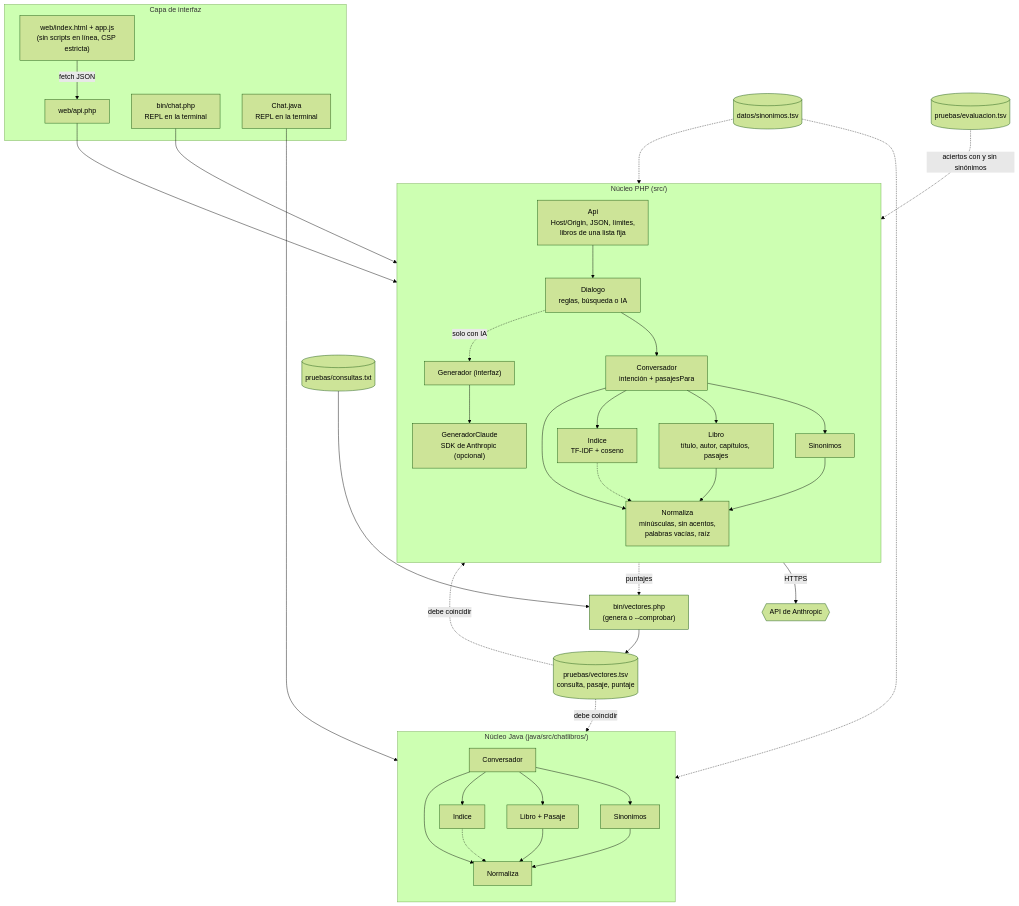
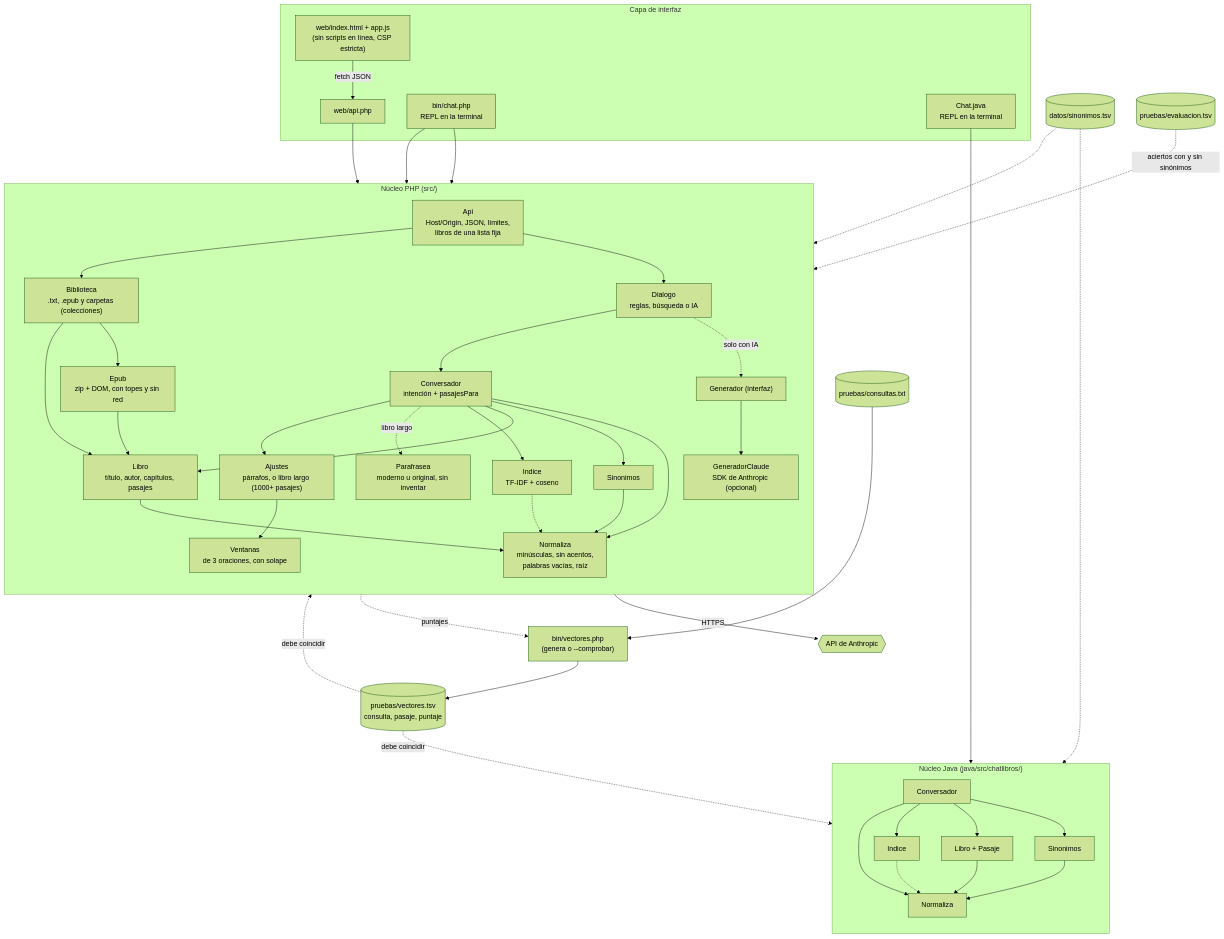
Before and after one commit to lol-protocol/php: the diagram in chat-con-libros/docs/arquitectura.mmd, drawn with Mermaid (forest theme). The commit also changed 23 other files, not shown here.

```diff
--- a/chat-con-libros/docs/arquitectura.mmd
+++ b/chat-con-libros/docs/arquitectura.mmd
@@ -1,73 +1,86 @@
 %% Arquitectura por capas. La búsqueda es equivalente en PHP y Java y se comprueba con
-%% pruebas/vectores.tsv. La web y el modo con IA son solo PHP.
+%% pruebas/vectores.tsv. Los EPUB, las colecciones, el modo largo, la paráfrasis, la web y el modo con IA son solo PHP.
 flowchart TB
     subgraph interfaz["Capa de interfaz"]
         paginaweb["web/index.html + app.js<br/>(sin scripts en línea, CSP estricta)"]
         apiphp["web/api.php"]
         chatphp["bin/chat.php<br/>REPL en la terminal"]
         chatjava["Chat.java<br/>REPL en la terminal"]
         paginaweb -- "fetch JSON" --> apiphp
     end
 
     subgraph php["Núcleo PHP (src/)"]
         direction TB
         api["Api<br/>Host/Origin, JSON, límites,<br/>libros de una lista fija"]
         dialogo["Dialogo<br/>reglas, búsqueda o IA"]
         conv_php["Conversador<br/>intención + pasajesPara"]
         ind_php["Indice<br/>TF-IDF + coseno"]
         sin_php["Sinonimos"]
         libro_php["Libro<br/>título, autor, capítulos, pasajes"]
         norm_php["Normaliza<br/>minúsculas, sin acentos,<br/>palabras vacías, raíz"]
+        bib["Biblioteca<br/>.txt, .epub y carpetas (colecciones)"]
+        epub["Epub<br/>zip + DOM, con topes y sin red"]
+        ajustes["Ajustes<br/>párrafos, o libro largo (1000+ pasajes)"]
+        ventanas["Ventanas<br/>de 3 oraciones, con solape"]
+        parafrasea["Parafrasea<br/>moderno u original, sin inventar"]
         gen["Generador (interfaz)"]
         claude["GeneradorClaude<br/>SDK de Anthropic (opcional)"]
+        api --> bib
         api --> dialogo
+        bib --> libro_php
+        bib --> epub
+        epub --> libro_php
+        conv_php --> ajustes
+        ajustes --> ventanas
+        conv_php -. "libro largo" .-> parafrasea
         dialogo --> conv_php
         dialogo -. "solo con IA" .-> gen
         gen --> claude
         conv_php --> ind_php
         conv_php --> libro_php
         conv_php --> sin_php
         conv_php --> norm_php
         ind_php -.-> norm_php
         libro_php --> norm_php
         sin_php --> norm_php
     end
 
     subgraph java["Núcleo Java (java/src/chatlibros/)"]
         direction TB
         conv_java["Conversador"]
         ind_java["Indice"]
         sin_java["Sinonimos"]
         libro_java["Libro + Pasaje"]
         norm_java["Normaliza"]
         conv_java --> ind_java
         conv_java --> libro_java
         conv_java --> sin_java
         conv_java --> norm_java
         ind_java -.-> norm_java
         libro_java --> norm_java
         sin_java --> norm_java
     end
 
     apiphp --> api
+    chatphp --> bib
     chatphp --> dialogo
     chatjava --> conv_java
 
     anthropic{{"API de Anthropic"}}
     claude -- "HTTPS" --> anthropic
 
     sinonimos[("datos/sinonimos.tsv")]
     sinonimos -.-> sin_php
     sinonimos -.-> sin_java
 
     vectores[("pruebas/vectores.tsv<br/>consulta, pasaje, puntaje")]
     evaluacion[("pruebas/evaluacion.tsv")]
     consultas[("pruebas/consultas.txt")]
     genvec["bin/vectores.php<br/>(genera o --comprobar)"]
 
     consultas --> genvec
     conv_php -. "puntajes" .-> genvec
     genvec --> vectores
     vectores -. "debe coincidir" .-> ind_php
     vectores -. "debe coincidir" .-> ind_java
     evaluacion -. "aciertos con y sin sinónimos" .-> ind_php
```
